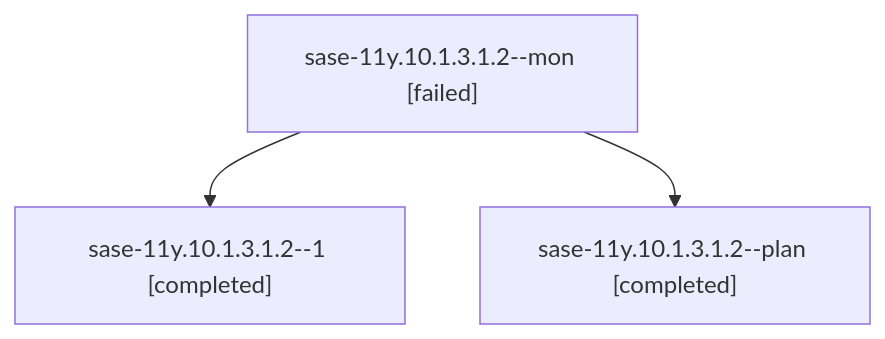
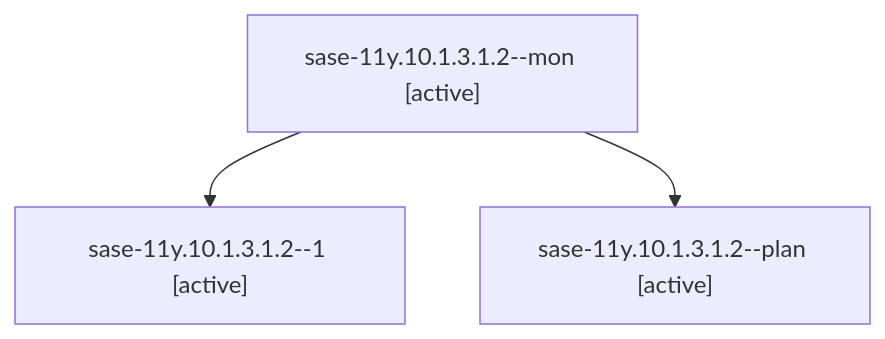
One commit to sase-org/sase--agents changed the diagram in families/bbugyi200.athena.sase-11y.10.1.3.1.2.md. Above: the diagram before and after it, drawn with Mermaid. The commit also changed other lines of this file and 35830 other files, not shown here.

````diff
--- a/families/bbugyi200.athena.sase-11y.10.1.3.1.2.md
+++ b/families/bbugyi200.athena.sase-11y.10.1.3.1.2.md
@@ -9,8 +9,8 @@
 ```mermaid
 flowchart TD
-  n0["sase-11y.10.1.3.1.2--mon [failed]"]
-  n1["sase-11y.10.1.3.1.2--1 [completed]"]
+  n0["sase-11y.10.1.3.1.2--mon [active]"]
+  n1["sase-11y.10.1.3.1.2--1 [active]"]
   n0 --> n1
-  n2["sase-11y.10.1.3.1.2--plan [completed]"]
+  n2["sase-11y.10.1.3.1.2--plan [active]"]
   n0 --> n2
 ```
````
